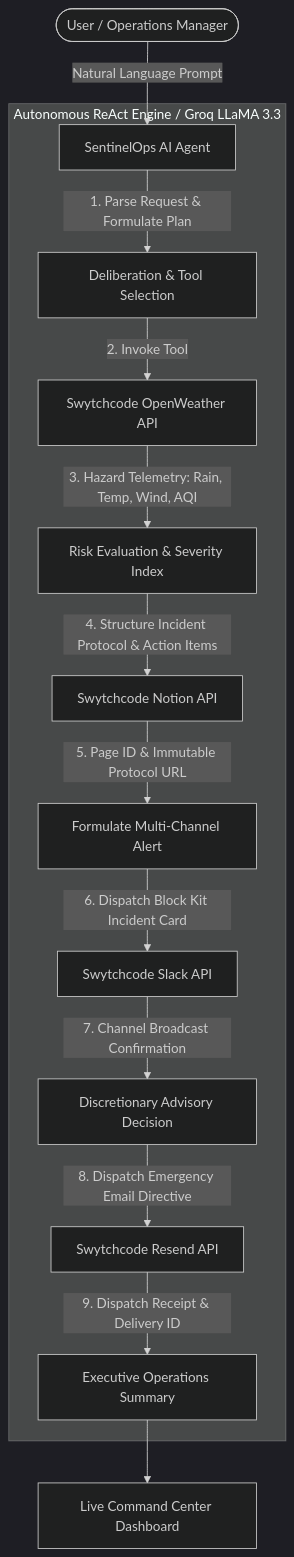
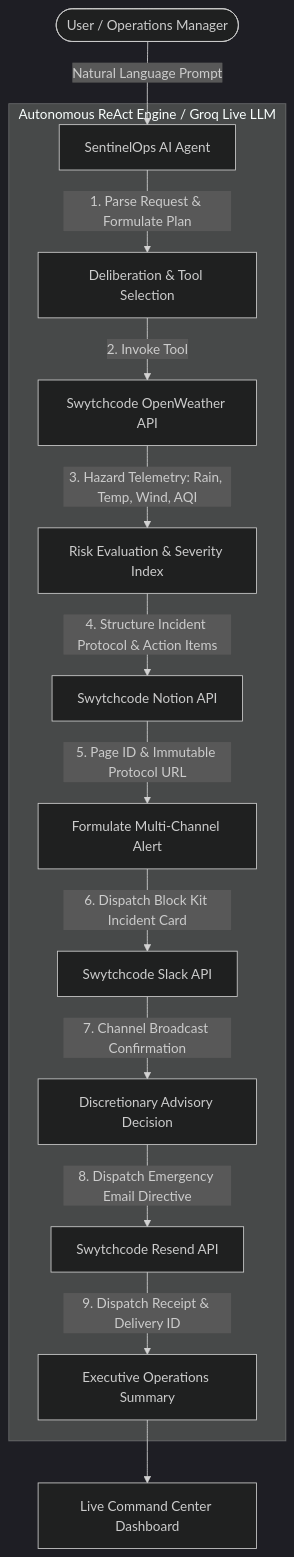
The diagram in README.md (Nivedita0987/swytchcode-by-nivedita), drawn with Mermaid (dark theme) before and after one commit. The commit also changed other lines of this file and 8 other files, not shown here.

First line of the commit message:
Go live: real Groq LLM loop, real Resend emails, and direct-API fallbacks

````diff
--- a/README.md
+++ b/README.md
@@ -27,18 +27,18 @@
 ```mermaid
 flowchart TD
     User([User / Operations Manager]) -->|Natural Language Prompt| Agent[SentinelOps AI Agent]
     
-    subgraph Reasoning Loop [Autonomous ReAct Engine / Groq LLaMA 3.3]
+    subgraph Reasoning Loop [Autonomous ReAct Engine / Groq Live LLM]
         Agent -->|1. Parse Request & Formulate Plan| Reason1[Deliberation & Tool Selection]
         Reason1 -->|2. Invoke Tool| SW_Weather[Swytchcode OpenWeather API]
         SW_Weather -->|3. Hazard Telemetry: Rain, Temp, Wind, AQI| Reason2[Risk Evaluation & Severity Index]
         Reason2 -->|4. Structure Incident Protocol & Action Items| SW_Notion[Swytchcode Notion API]
         SW_Notion -->|5. Page ID & Immutable Protocol URL| Reason3[Formulate Multi-Channel Alert]
         Reason3 -->|6. Dispatch Block Kit Incident Card| SW_Slack[Swytchcode Slack API]
         SW_Slack -->|7. Channel Broadcast Confirmation| Reason4[Discretionary Advisory Decision]
         Reason4 -->|8. Dispatch Emergency Email Directive| SW_Resend[Swytchcode Resend API]
         SW_Resend -->|9. Dispatch Receipt & Delivery ID| Final[Executive Operations Summary]
     end
     
     Final --> UI[Live Command Center Dashboard]
 ```
````
